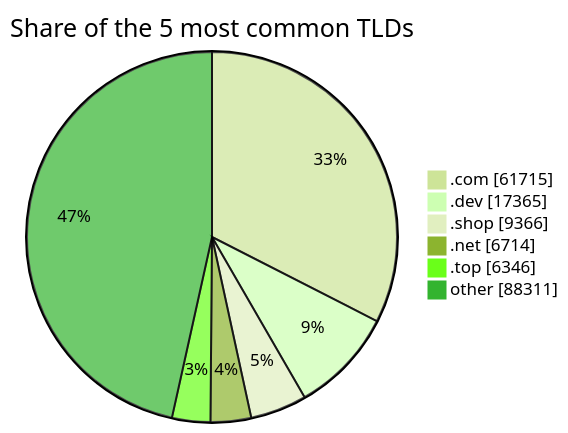
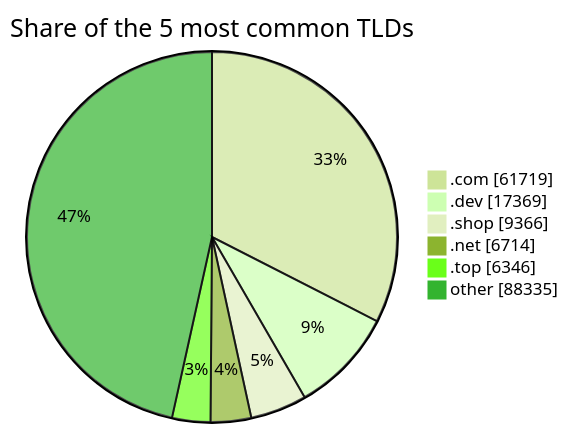
One commit to DNSBunker/CTI changed the third of 3 diagrams in README.md. Above: the diagram before and after it, drawn with Mermaid (forest theme). The commit also changed other lines of this file and 3 other files, not shown here.

````diff
--- a/README.md
+++ b/README.md
@@ -81,9 +81,9 @@
 ```mermaid
 pie showData title Share of the 5 most common TLDs
-    ".com" : 61715
-    ".dev" : 17365
+    ".com" : 61719
+    ".dev" : 17369
     ".shop" : 9366
     ".net" : 6714
     ".top" : 6346
-    "other" : 88311
+    "other" : 88335
 ```
````
